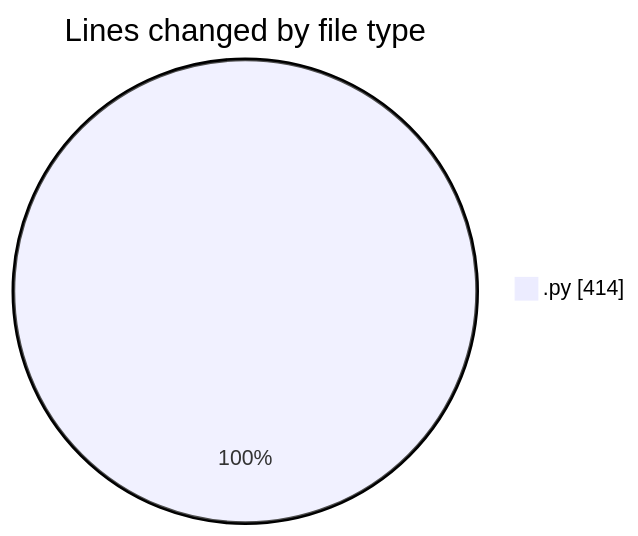
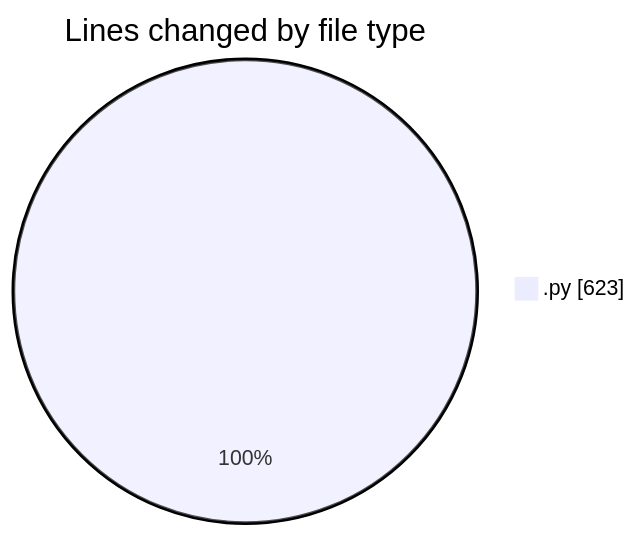
One commit to Ritupan-Deka/code-tracking changed the first of 2 diagrams in 2025-01-20/projects/README.md. Above: the diagram before and after it, drawn with Mermaid. The commit also changed other lines of this file and 1 other file, not shown here.

````diff
--- a/2025-01-20/projects/README.md
+++ b/2025-01-20/projects/README.md
@@ -20,5 +20,5 @@
 ```mermaid
 pie showData
 title Lines changed by file type
-".py" : 414
+".py" : 623
 ```
````
